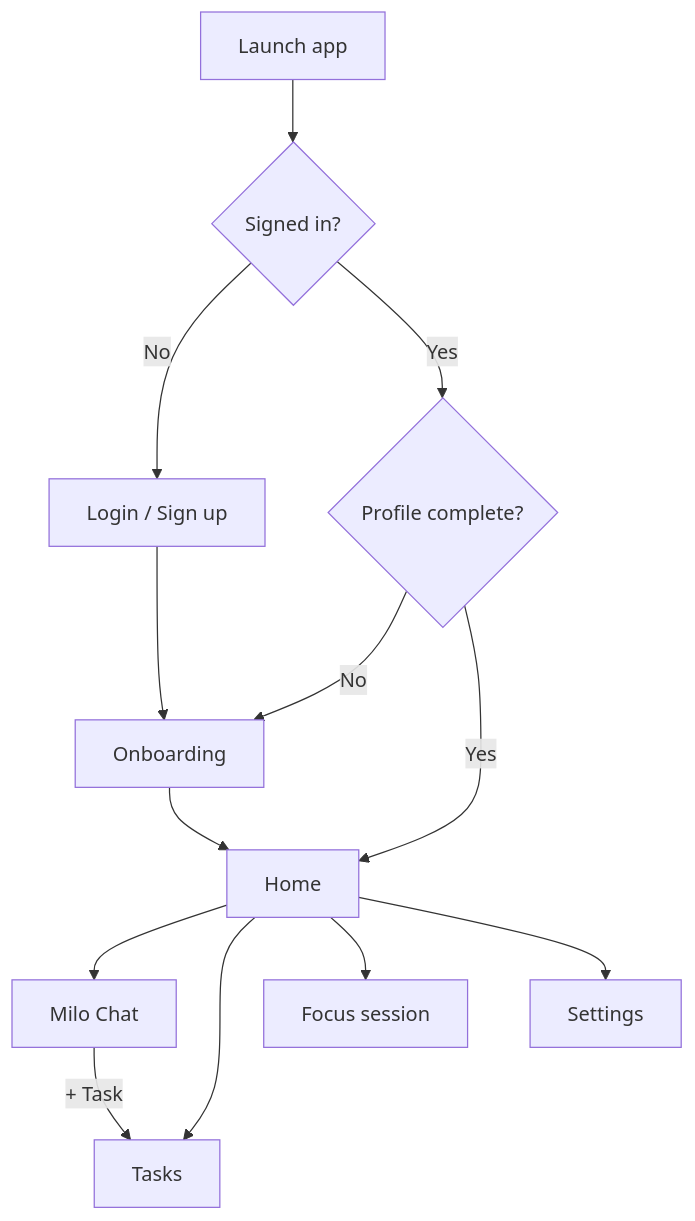
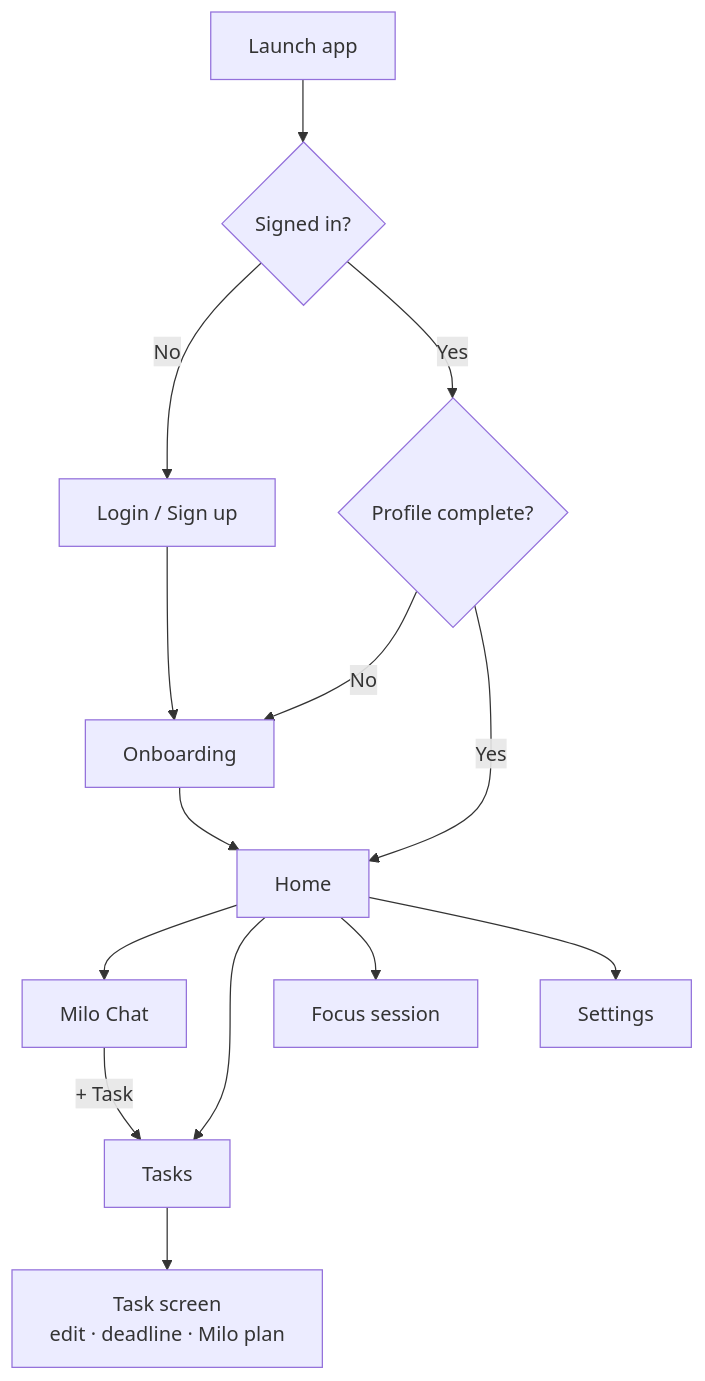
The second of 2 diagrams in README.md (GabyNor05/Whelmer), drawn with Mermaid before and after one commit. The commit also changed other lines of this file and 2 other files, not shown here.

````diff
--- a/README.md
+++ b/README.md
@@ -93,13 +76,14 @@
 ```mermaid
 flowchart TD
     A[Launch app] --> B{Signed in?}
     B -- No --> L[Login / Sign up] --> O[Onboarding]
     B -- Yes --> P{Profile complete?}
     P -- No --> O
     P -- Yes --> H[Home]
     O --> H
     H --> M[Milo Chat] -->|+ Task| T[Tasks]
     H --> T
+    T --> TD[Task screen<br/>edit · deadline · Milo plan]
     H --> F[Focus session]
     H --> ST[Settings]
 ```
````
